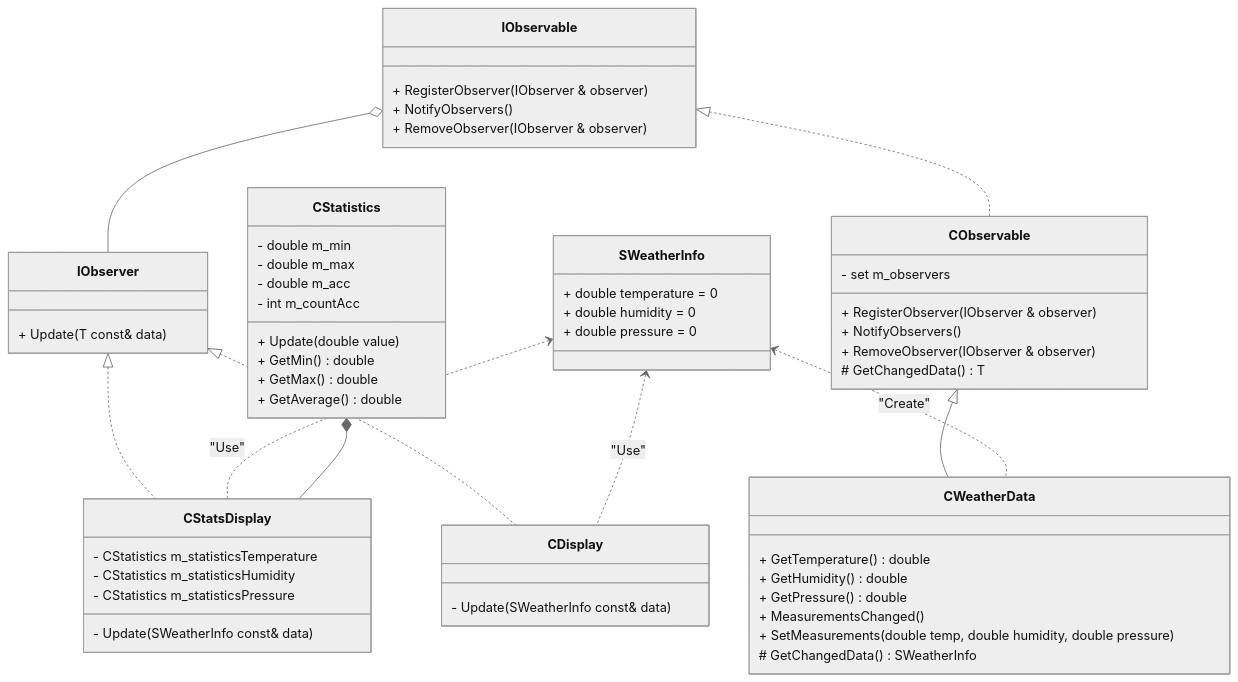
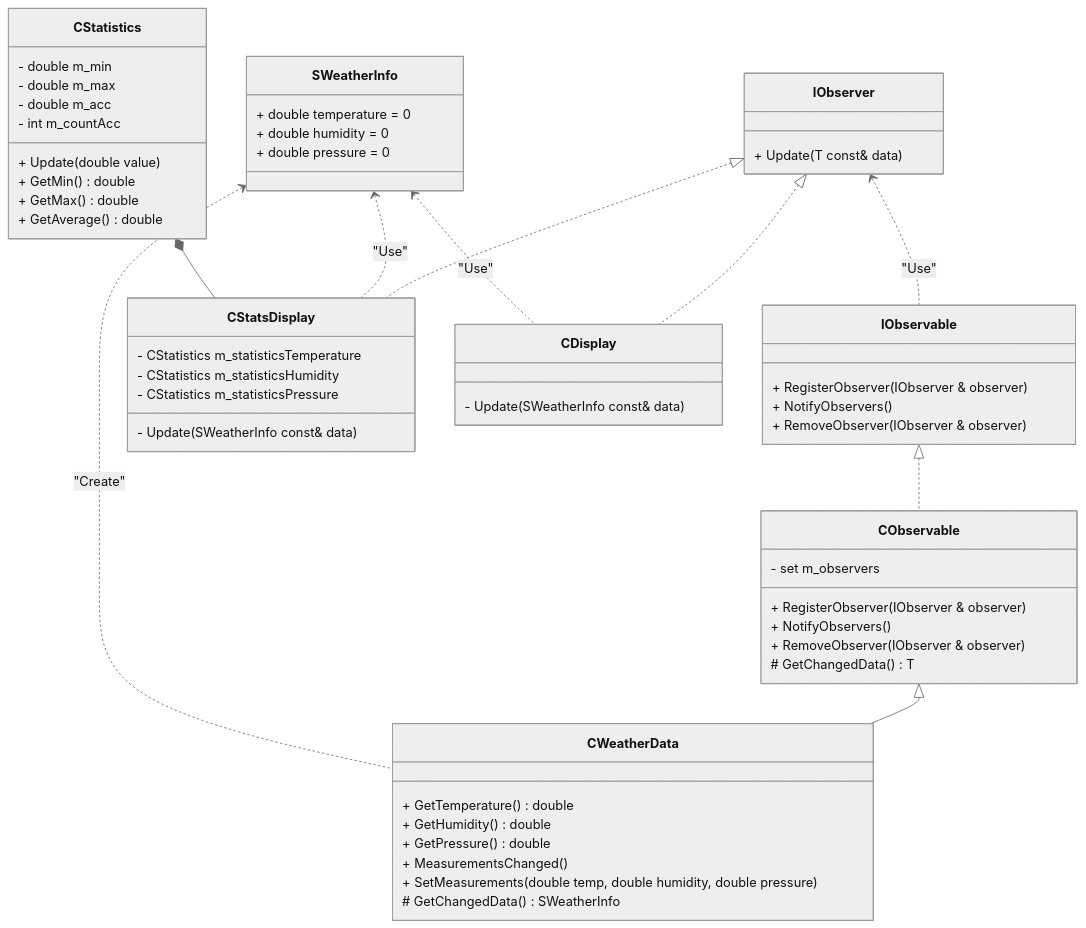
The first of 3 diagrams in lab2/1/docs.md (555Jeka555/OOD-labs), drawn with Mermaid (neutral theme) before and after one commit. The commit also changed other lines of this file, not shown here.

Commit message:
Поправил связь

````diff
--- a/lab2/1/docs.md
+++ b/lab2/1/docs.md
@@ -1,71 +1,71 @@
 ```mermaid
 classDiagram
-    IObservable o-- IObserver 
+    IObserver <.. IObservable  : "Use"
     IObservable <|.. CObservable 
 
     CObservable <|-- CWeatherData
     SWeatherInfo <.. CWeatherData : "Create"
 
     IObserver <|.. CStatsDisplay
     IObserver <|.. CDisplay
 
     SWeatherInfo <.. CStatsDisplay : "Use"
     SWeatherInfo <.. CDisplay : "Use"
 
     CStatistics *-- CStatsDisplay
 
     class IObserver {
         + Update(T const& data)
     }
 
     class IObservable {
         + RegisterObserver(IObserver<T> & observer)
         + NotifyObservers()
         + RemoveObserver(IObserver<T> & observer)
     }
 
     class CObservable {
         - set<ObserverType*> m_observers
         + RegisterObserver(IObserver<T> & observer)
         + NotifyObservers()
         + RemoveObserver(IObserver<T> & observer)
         # GetChangedData() T
     }
 
     class CWeatherData {
         + GetTemperature() double
         + GetHumidity() double
         + GetPressure() double
         + MeasurementsChanged()
         + SetMeasurements(double temp, double humidity, double pressure)
         # GetChangedData() SWeatherInfo
     }
 
     class CDisplay {
         - Update(SWeatherInfo const& data)
     }
 
     class CStatsDisplay {
         - Update(SWeatherInfo const& data)
         - CStatistics m_statisticsTemperature
         - CStatistics m_statisticsHumidity
         - CStatistics m_statisticsPressure
     }
 
     class CStatistics {
         + Update(double value)
         + GetMin() double
         + GetMax() double
         + GetAverage() double
         - double m_min
         - double m_max
         - double m_acc
         - int m_countAcc
     }
 
     class SWeatherInfo {
         + double temperature = 0
         + double humidity = 0
         + double pressure = 0
     }
 ```
````
